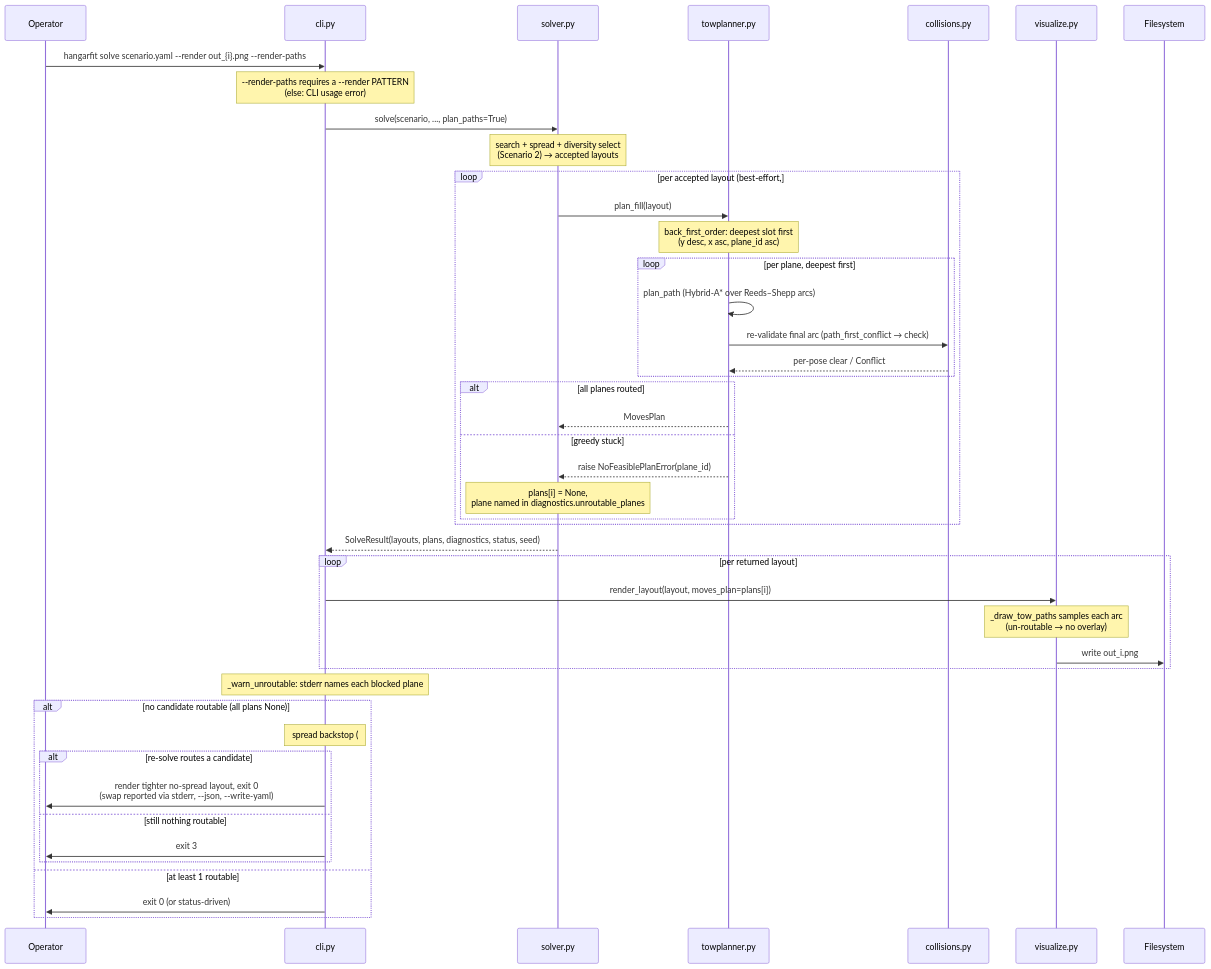
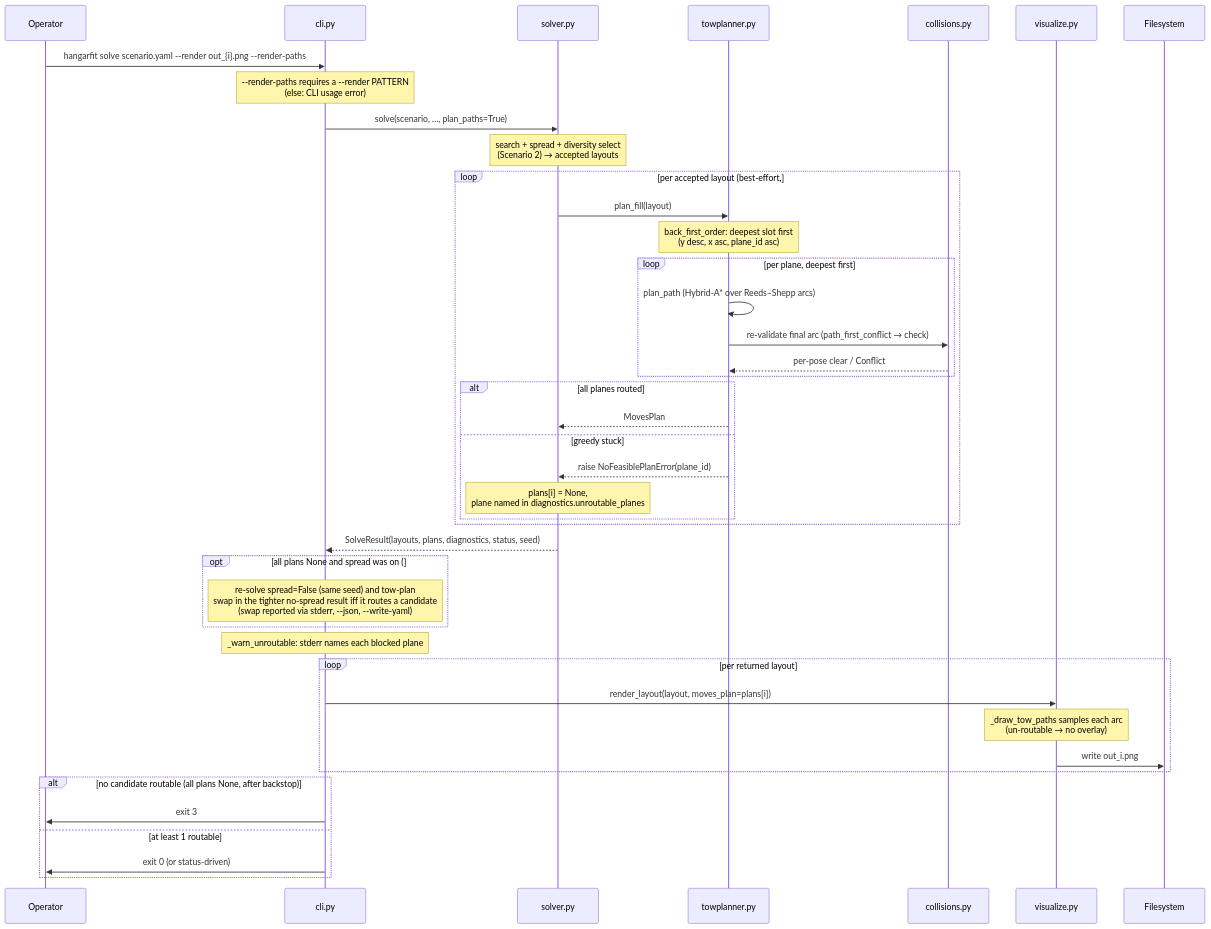
Before and after one commit to DocGerd/hangarfit: the third of 3 diagrams in docs/architecture/06-runtime-view.md, drawn with Mermaid. The commit also changed 2 other files, not shown here.

Commit message:
review(#280): fix diagram order, per-plane/global cap, determinism scoping
Address the PR #382 self-review (comment-analyzer + code-reviewer):

- §6 sequence diagram (Finding A): the spread backstop ran *after* the
  render loop in the diagram, but cli.py runs the re-solve/swap at 482-505,
  before _warn_unroutable (516) and the render block (520). Reorder: an
  `opt` backstop block before the render loop, exit-code alt after.
- ADR-0016 + CHANGELOG (Finding B): 8000 is the per-plane _MAX_EXPANSIONS;
  the global fill cap is the separate _MAX_FILL_EXPANSIONS=16000. Stop
  attributing 8000 to the global budget (towplanner.py:1211/1228).
- ADR-0016 determinism (Finding C): the spread-ON first pass runs under
  wall-clock budget_s, so it is same-machine-reproducible, not bit-identical
  cross-machine. Qualify both passages to ADR-0003's #267 scoping; note the
  spread-OFF second pass is unconditionally reproducible.

````diff
--- a/docs/architecture/06-runtime-view.md
+++ b/docs/architecture/06-runtime-view.md
@@ -184,48 +184,46 @@
 ```mermaid
 sequenceDiagram
     participant Op as Operator
     participant CLI as cli.py
     participant Solver as solver.py
     participant Tow as towplanner.py
     participant Coll as collisions.py
     participant Viz as visualize.py
     participant FS as Filesystem
 
     Op->>CLI: hangarfit solve scenario.yaml --render out_{i}.png --render-paths
     Note over CLI: --render-paths requires a --render PATTERN<br/>(else: CLI usage error)
     CLI->>Solver: solve(scenario, ..., plan_paths=True)
     Note over Solver: search + spread + diversity select<br/>(Scenario 2) → accepted layouts
     loop per accepted layout (best-effort, #197)
         Solver->>Tow: plan_fill(layout)
         Note over Tow: back_first_order: deepest slot first<br/>(y desc, x asc, plane_id asc)
         loop per plane, deepest first
             Tow->>Tow: plan_path (Hybrid-A* over Reeds–Shepp arcs)
             Tow->>Coll: re-validate final arc (path_first_conflict → check)
             Coll-->>Tow: per-pose clear / Conflict
         end
         alt all planes routed
             Tow-->>Solver: MovesPlan
         else greedy stuck
             Tow-->>Solver: raise NoFeasiblePlanError(plane_id)
             Note over Solver: plans[i] = None,<br/>plane named in diagnostics.unroutable_planes
         end
     end
     Solver-->>CLI: SolveResult(layouts, plans, diagnostics, status, seed)
 
+    opt all plans None and spread was on (#280 backstop, ADR-0016)
+        Note over CLI: re-solve spread=False (same seed) and tow-plan<br/>swap in the tighter no-spread result iff it routes a candidate<br/>(swap reported via stderr, --json, --write-yaml)
+    end
+    Note over CLI: _warn_unroutable: stderr names each blocked plane
     loop per returned layout
         CLI->>Viz: render_layout(layout, moves_plan=plans[i])
         Note over Viz: _draw_tow_paths samples each arc<br/>(un-routable → no overlay)
         Viz->>FS: write out_i.png
     end
-    Note over CLI: _warn_unroutable: stderr names each blocked plane
-    alt no candidate routable (all plans None)
-        Note over CLI: spread backstop (#280, ADR-0016):<br/>if spread was on, re-solve spread=False (same seed) and tow-plan
-        alt re-solve routes a candidate
-            CLI->>Op: render tighter no-spread layout, exit 0<br/>(swap reported via stderr, --json, --write-yaml)
-        else still nothing routable
-            CLI->>Op: exit 3
-        end
+    alt no candidate routable (all plans None, after backstop)
+        CLI->>Op: exit 3
     else at least 1 routable
         CLI->>Op: exit 0 (or status-driven)
     end
 ```
````
